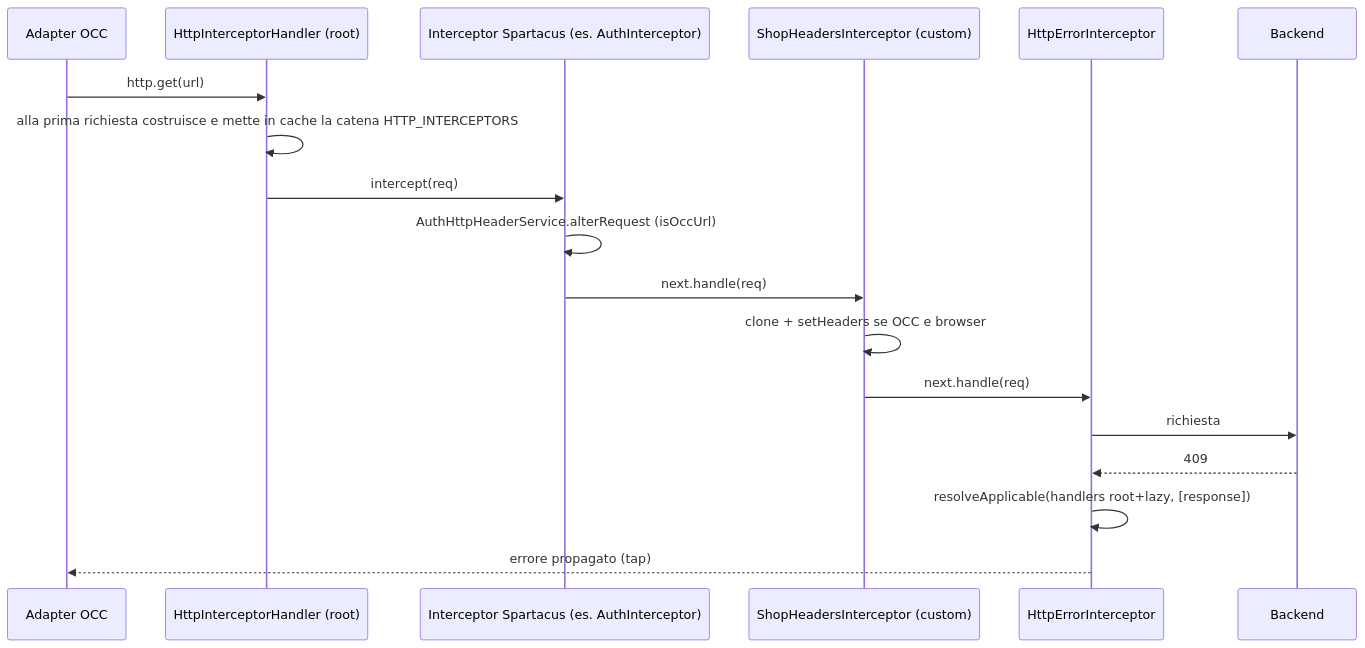
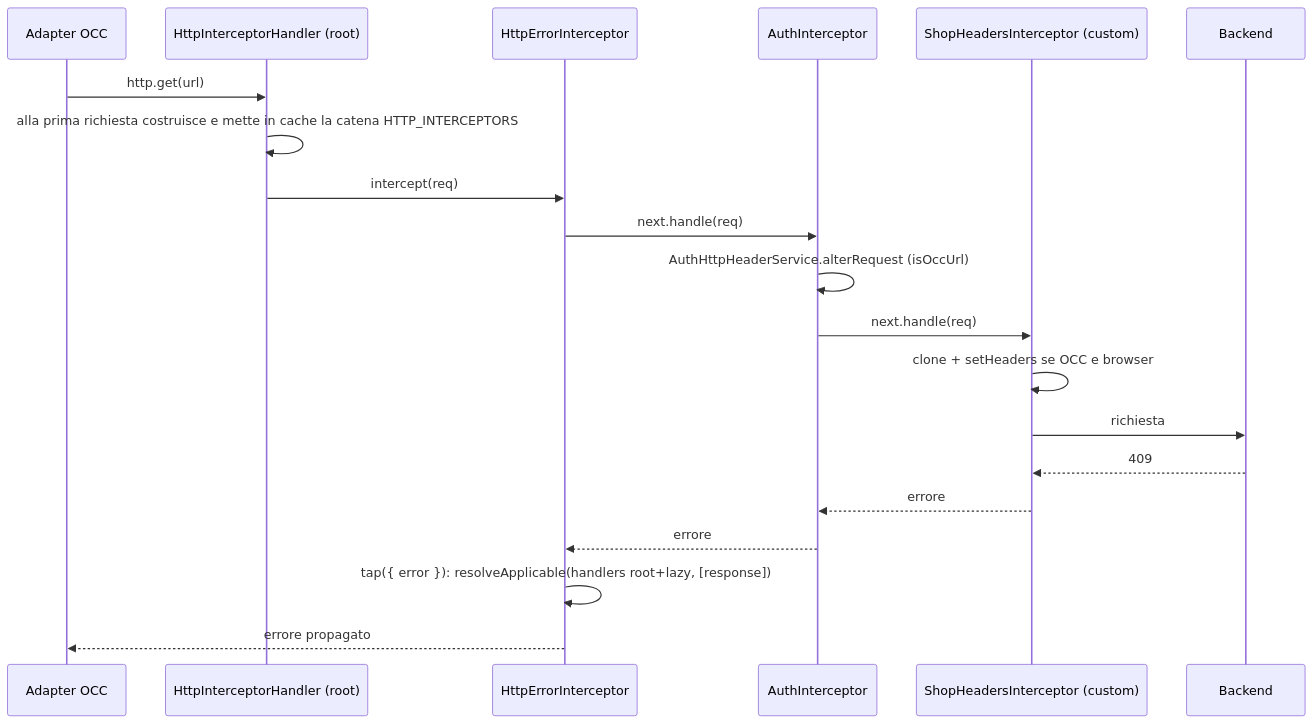
One commit to mgiuditta/spartacus changed the third of 4 diagrams in docs/spartacus-book/parte-3/50-ricette-config-di.md. Above: the diagram before and after it, drawn with Mermaid. The commit also changed other lines of this file and 5 other files, not shown here.

````diff
--- a/docs/spartacus-book/parte-3/50-ricette-config-di.md
+++ b/docs/spartacus-book/parte-3/50-ricette-config-di.md
@@ -892,20 +894,22 @@
 ```mermaid
 sequenceDiagram
   participant A as Adapter OCC
   participant H as HttpInterceptorHandler (root)
-  participant I1 as Interceptor Spartacus (es. AuthInterceptor)
+  participant E as HttpErrorInterceptor
+  participant I1 as AuthInterceptor
   participant I2 as ShopHeadersInterceptor (custom)
-  participant E as HttpErrorInterceptor
   participant B as Backend
   A->>H: http.get(url)
   H->>H: alla prima richiesta costruisce e mette in cache la catena HTTP_INTERCEPTORS
-  H->>I1: intercept(req)
+  H->>E: intercept(req)
+  E->>I1: next.handle(req)
   I1->>I1: AuthHttpHeaderService.alterRequest (isOccUrl)
   I1->>I2: next.handle(req)
   I2->>I2: clone + setHeaders se OCC e browser
-  I2->>E: next.handle(req)
-  E->>B: richiesta
-  B-->>E: 409
-  E->>E: resolveApplicable(handlers root+lazy, [response])
-  E-->>A: errore propagato (tap)
+  I2->>B: richiesta
+  B-->>I2: 409
+  I2-->>I1: errore
+  I1-->>E: errore
+  E->>E: tap({ error }): resolveApplicable(handlers root+lazy, [response])
+  E-->>A: errore propagato
 ```
````
